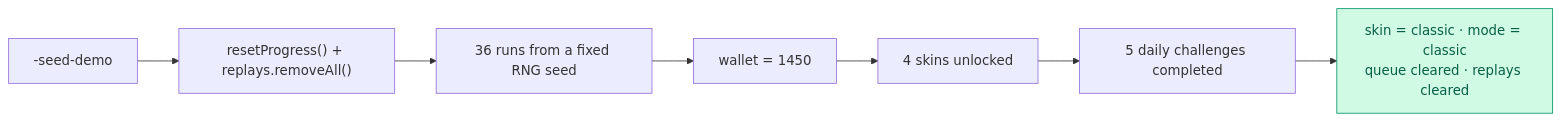
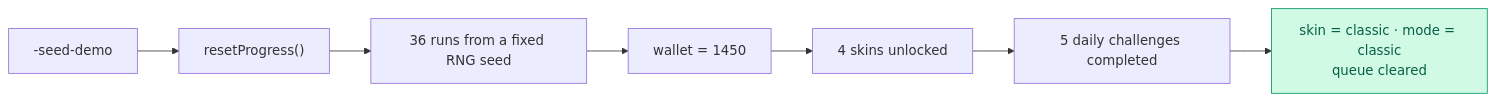
Before and after one commit to hoangsonww/Flappy-Bird-Game: the second of 3 diagrams in docs/CONFIGURATION.md, drawn with Mermaid. The commit also changed other lines of this file and 43 other files, not shown here.

````diff
--- a/docs/CONFIGURATION.md
+++ b/docs/CONFIGURATION.md
@@ -58,11 +58,11 @@
 ```mermaid
 flowchart LR
-    Seed["-seed-demo"] --> Reset["resetProgress() + replays.removeAll()"]
+    Seed["-seed-demo"] --> Reset["resetProgress()"]
     Reset --> Runs["36 runs from a fixed RNG seed"]
     Runs --> Wallet["wallet = 1450"]
     Wallet --> Skins["4 skins unlocked"]
     Skins --> Daily["5 daily challenges completed"]
-    Daily --> Norm["skin = classic · mode = classic<br/>queue cleared · replays cleared"]
+    Daily --> Norm["skin = classic · mode = classic<br/>queue cleared"]
 
     style Norm fill:#d1fae5,stroke:#059669,color:#065f46
 ```
````
